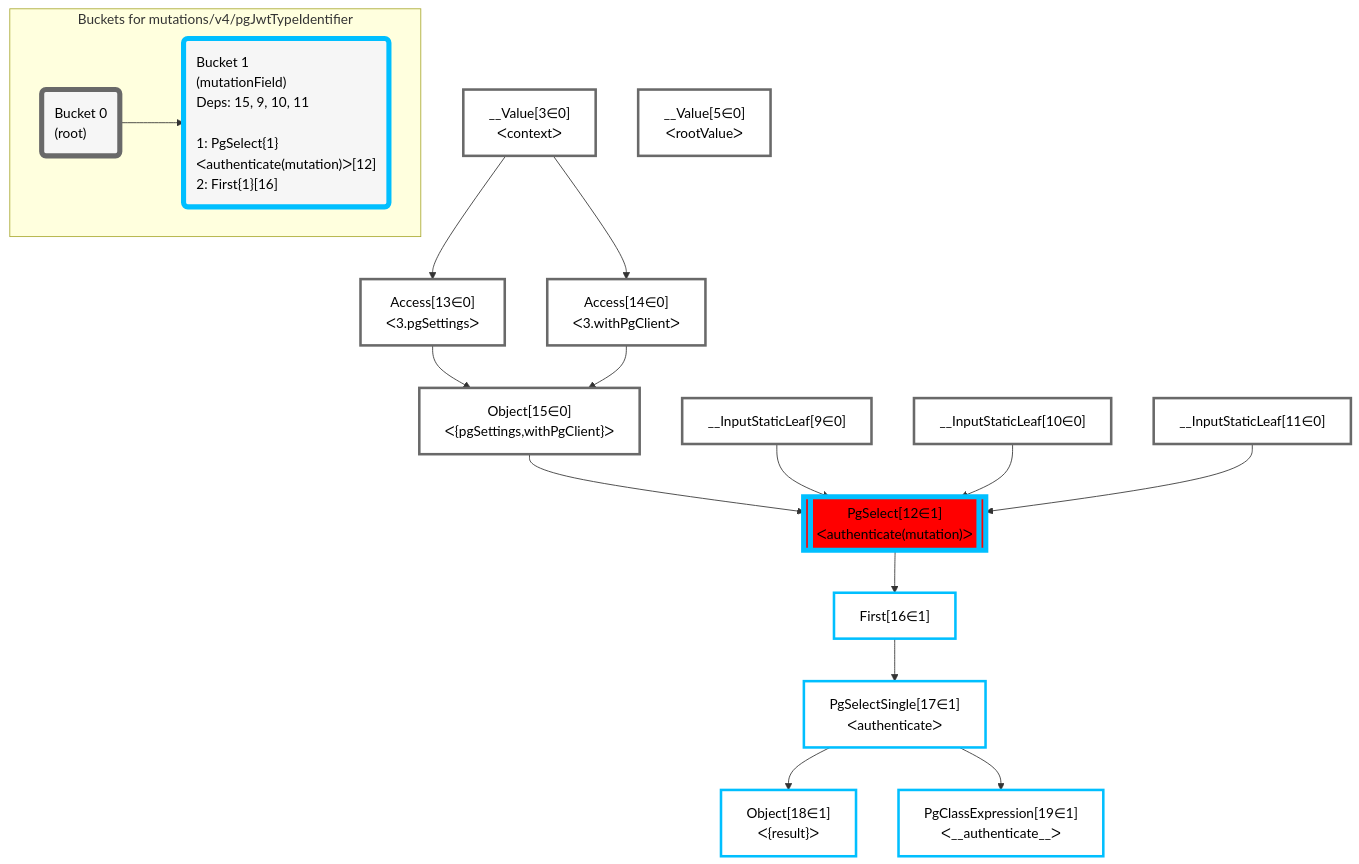
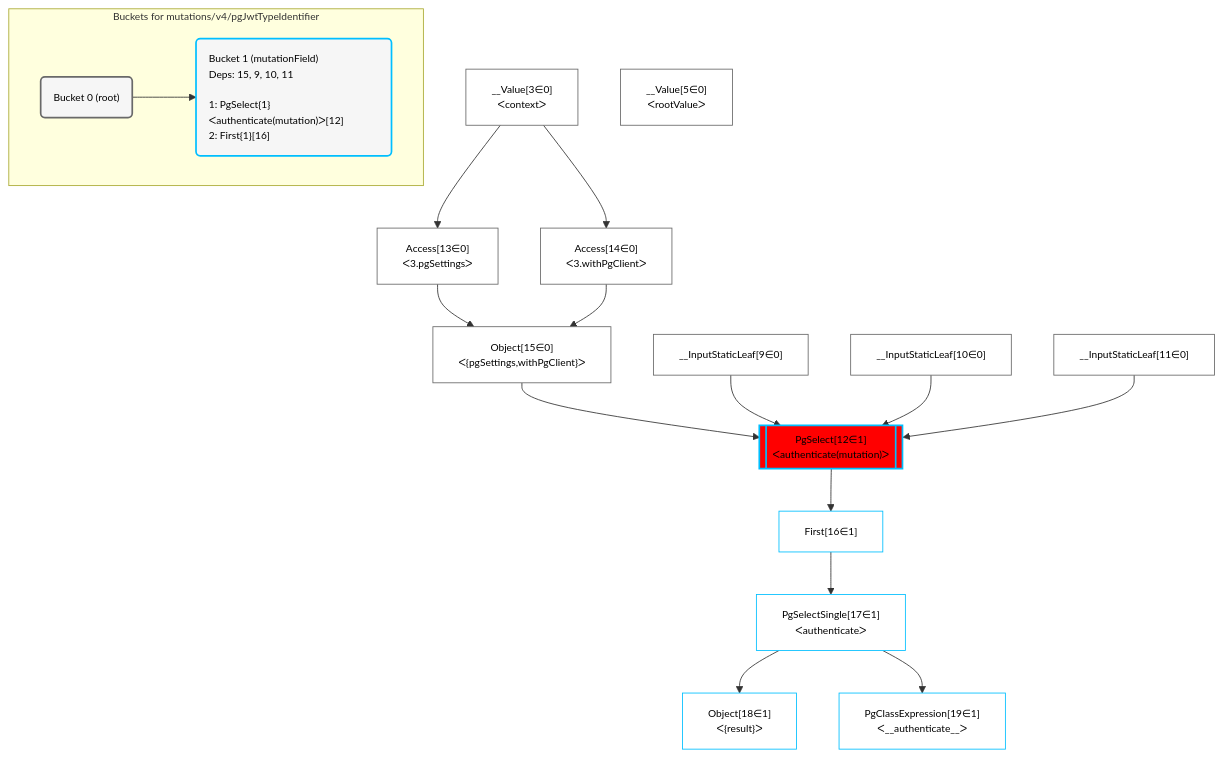
Before and after one commit to graphile/crystal: the diagram in postgraphile/postgraphile/__tests__/mutations/v4/pgJwtTypeIdentifier.mermaid, drawn with Mermaid. The commit also changed 75 other files, not shown here.

Commit message:
Styling tweaks to mermaid snapshots

```diff
--- a/postgraphile/postgraphile/__tests__/mutations/v4/pgJwtTypeIdentifier.mermaid
+++ b/postgraphile/postgraphile/__tests__/mutations/v4/pgJwtTypeIdentifier.mermaid
@@ -1,42 +1,43 @@
+%%{init: {'themeVariables': { 'fontSize': '12px'}}}%%
 graph TD
     classDef path fill:#eee,stroke:#000,color:#000
-    classDef plan fill:#fff,stroke-width:3px,color:#000
-    classDef itemplan fill:#fff,stroke-width:6px,color:#000
-    classDef sideeffectplan fill:#f00,stroke-width:6px,color:#000
-    classDef bucket fill:#f6f6f6,color:#000,stroke-width:6px,text-align:left
+    classDef plan fill:#fff,stroke-width:1px,color:#000
+    classDef itemplan fill:#fff,stroke-width:2px,color:#000
+    classDef sideeffectplan fill:#f00,stroke-width:2px,color:#000
+    classDef bucket fill:#f6f6f6,color:#000,stroke-width:2px,text-align:left
 
 
     %% define steps
     __Value3["__Value[3∈0]<br />ᐸcontextᐳ"]:::plan
     __Value5["__Value[5∈0]<br />ᐸrootValueᐳ"]:::plan
     __InputStaticLeaf9["__InputStaticLeaf[9∈0]"]:::plan
     __InputStaticLeaf10["__InputStaticLeaf[10∈0]"]:::plan
     __InputStaticLeaf11["__InputStaticLeaf[11∈0]"]:::plan
     Access13["Access[13∈0]<br />ᐸ3.pgSettingsᐳ"]:::plan
     Access14["Access[14∈0]<br />ᐸ3.withPgClientᐳ"]:::plan
     Object15["Object[15∈0]<br />ᐸ{pgSettings,withPgClient}ᐳ"]:::plan
     PgSelect12[["PgSelect[12∈1]<br />ᐸauthenticate(mutation)ᐳ"]]:::sideeffectplan
     First16["First[16∈1]"]:::plan
     PgSelectSingle17["PgSelectSingle[17∈1]<br />ᐸauthenticateᐳ"]:::plan
     Object18["Object[18∈1]<br />ᐸ{result}ᐳ"]:::plan
     PgClassExpression19["PgClassExpression[19∈1]<br />ᐸ__authenticate__ᐳ"]:::plan
 
     %% plan dependencies
     __Value3 --> Access13
     __Value3 --> Access14
     Access13 & Access14 --> Object15
     Object15 & __InputStaticLeaf9 & __InputStaticLeaf10 & __InputStaticLeaf11 --> PgSelect12
     PgSelect12 --> First16
     First16 --> PgSelectSingle17
     PgSelectSingle17 --> Object18
     PgSelectSingle17 --> PgClassExpression19
 
     subgraph "Buckets for mutations/v4/pgJwtTypeIdentifier"
-    Bucket0("Bucket 0<br />(root)"):::bucket
+    Bucket0("Bucket 0 (root)"):::bucket
     classDef bucket0 stroke:#696969
     class Bucket0,__Value3,__Value5,__InputStaticLeaf9,__InputStaticLeaf10,__InputStaticLeaf11,Access13,Access14,Object15 bucket0
-    Bucket1("Bucket 1<br />(mutationField)<br />Deps: 15, 9, 10, 11<br /><br />1: PgSelect{1}ᐸauthenticate(mutation)ᐳ[12]<br />2: First{1}[16]"):::bucket
+    Bucket1("Bucket 1 (mutationField)<br />Deps: 15, 9, 10, 11<br /><br />1: PgSelect{1}ᐸauthenticate(mutation)ᐳ[12]<br />2: First{1}[16]"):::bucket
     classDef bucket1 stroke:#00bfff
     class Bucket1,PgSelect12,First16,PgSelectSingle17,Object18,PgClassExpression19 bucket1
     Bucket0 --> Bucket1
     end
```
